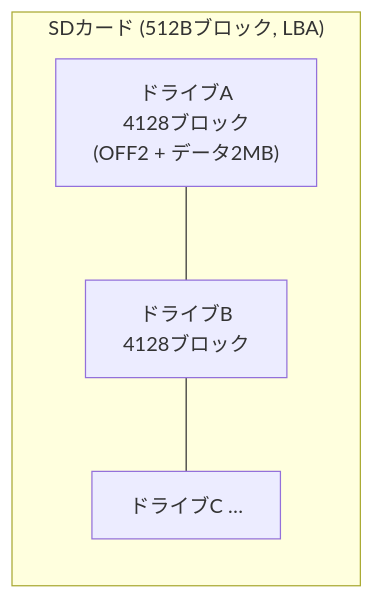
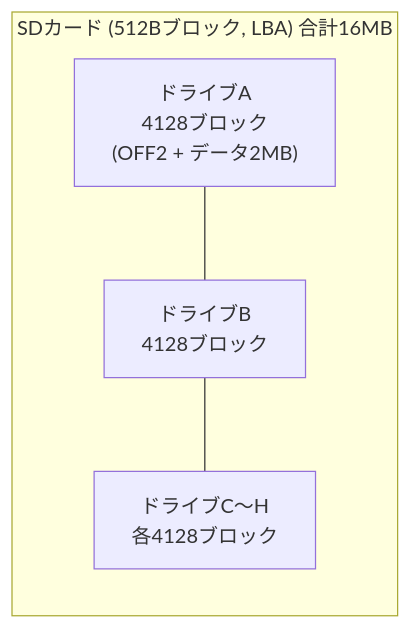
The first of 2 diagrams in doc/設計/05_ディスクサブシステム.md (kuninet/pc8001-cpm), drawn with Mermaid before and after one commit. The commit also changed other lines of this file, not shown here.

````diff
--- a/doc/設計/05_ディスクサブシステム.md
+++ b/doc/設計/05_ディスクサブシステム.md
@@ -53,9 +78,9 @@
 ```mermaid
 flowchart LR
-    subgraph SD["SDカード (512Bブロック, LBA)"]
+    subgraph SD["SDカード (512Bブロック, LBA) 合計16MB"]
         DA["ドライブA<br/>4128ブロック<br/>(OFF2 + データ2MB)"]
         DB["ドライブB<br/>4128ブロック"]
-        DC["ドライブC …"]
+        DC["ドライブC〜H<br/>各4128ブロック"]
     end
     DA --- DB --- DC
 ```
````
